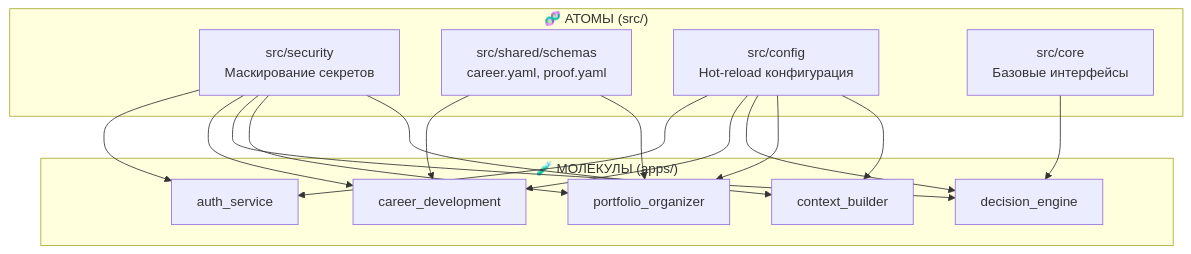
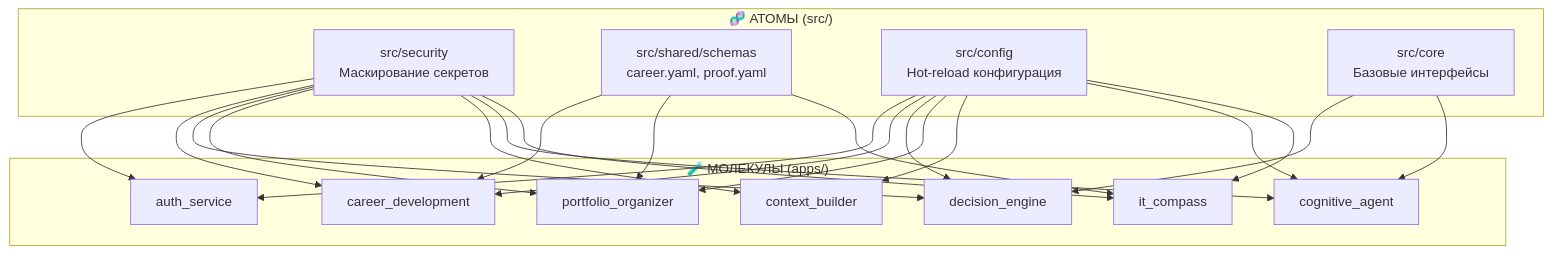
One commit to Control39/portfolio-system-architect changed the diagram in README.md. Above: the diagram before and after it, drawn with Mermaid. The commit also changed other lines of this file and 1 other file, not shown here.

````diff
--- a/README.md
+++ b/README.md
@@ -161,22 +36,24 @@
 ```mermaid
 graph TB
     subgraph "🧬 АТОМЫ (src/)"
         A1[src/security<br/>Маскирование секретов]
         A2[src/shared/schemas<br/>career.yaml, proof.yaml]
         A3[src/config<br/>Hot-reload конфигурация]
         A4[src/core<br/>Базовые интерфейсы]
     end
 
     subgraph "🧪 МОЛЕКУЛЫ (apps/)"
         M1[auth_service]
         M2[career_development]
         M3[decision_engine]
         M4[portfolio_organizer]
         M5[context_builder]
+        M6[cognitive_agent]
+        M7[it_compass]
     end
 
-    A1 --> M1 & M2 & M3 & M4 & M5
-    A2 --> M2 & M4
-    A3 --> M1 & M2 & M3 & M4 & M5
-    A4 --> M3
+    A1 --> M1 & M2 & M3 & M4 & M5 & M6 & M7
+    A2 --> M2 & M4 & M7
+    A3 --> M1 & M2 & M3 & M4 & M5 & M6 & M7
+    A4 --> M3 & M6
 ```
````
